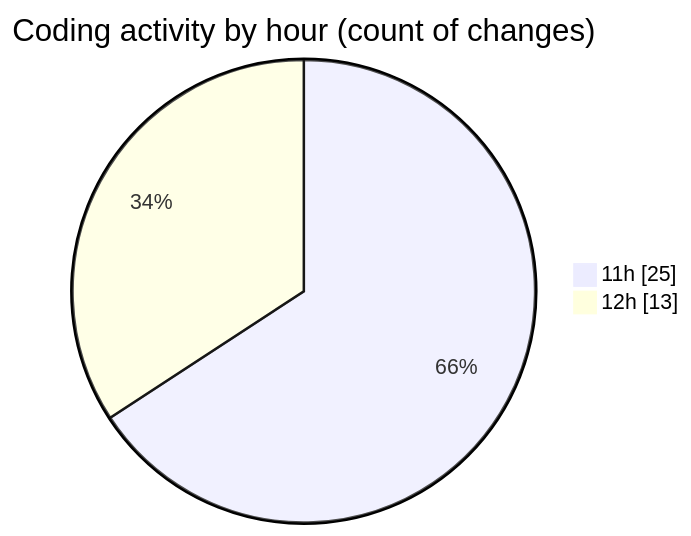
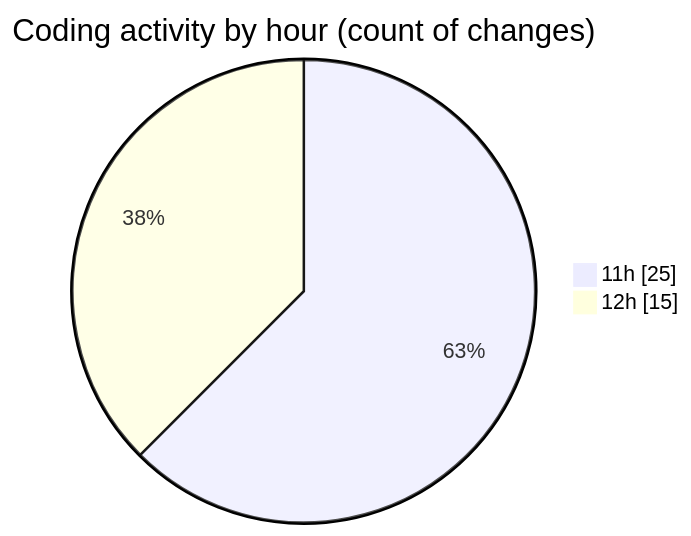
The second of 2 diagrams in 2025-04-12/myws__workspace_/README.md (MatusMokan/code-tracking), drawn with Mermaid before and after one commit. The commit also changed other lines of this file and 1 other file, not shown here.

````diff
--- a/2025-04-12/myws__workspace_/README.md
+++ b/2025-04-12/myws__workspace_/README.md
@@ -30,6 +30,6 @@
 ```mermaid
 pie showData
 title Coding activity by hour (count of changes)
 "11h" : 25
-"12h" : 13
+"12h" : 15
 ```
````
